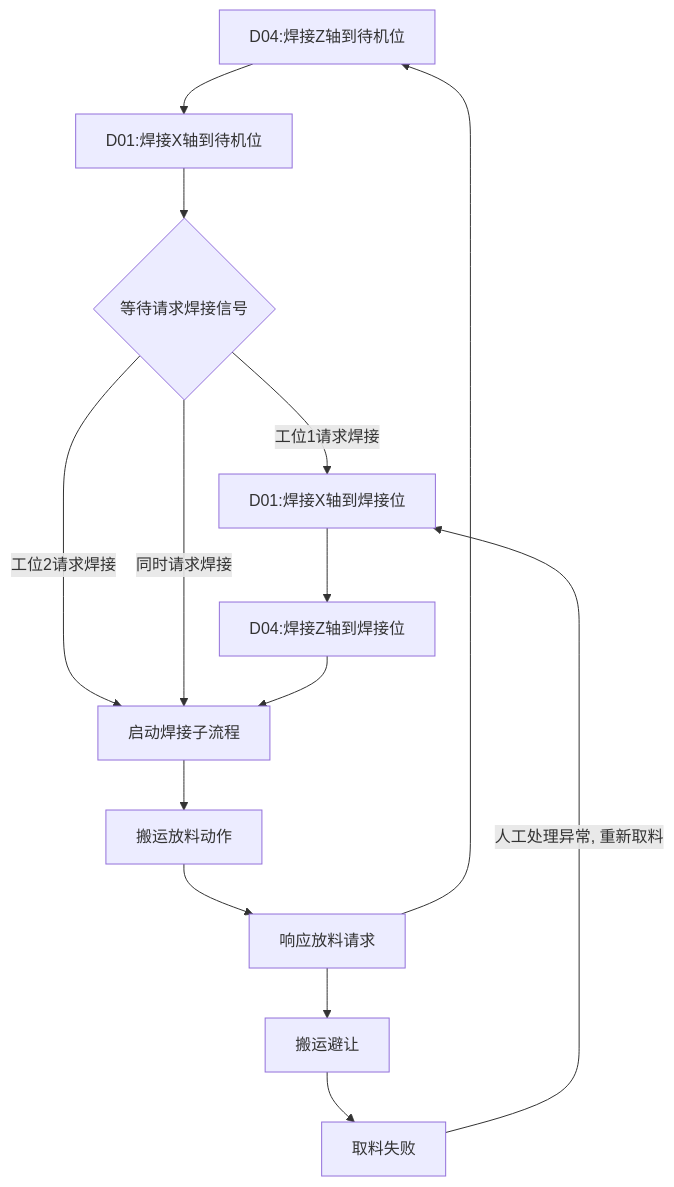
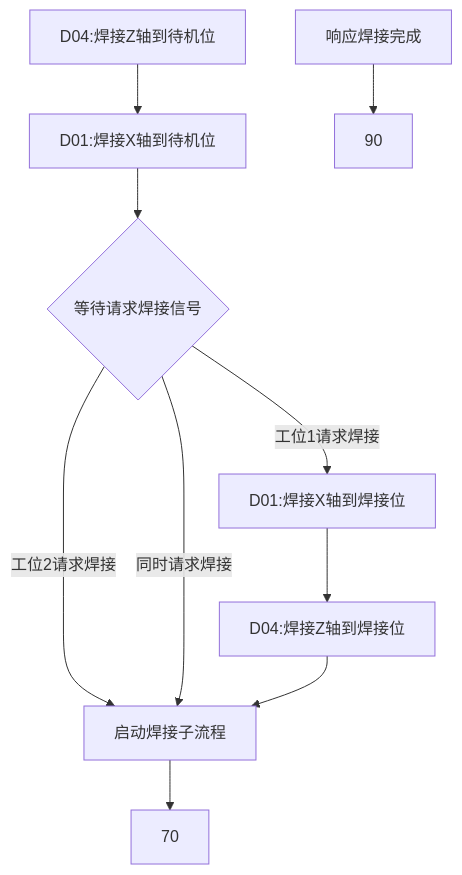
The diagram in all/OP10焊接工位自动流程.md (PengKun1/iodraw-files), drawn with Mermaid before and after one commit.

Commit message:
2024-08-06 16:57:20 update

````diff
--- a/all/OP10焊接工位自动流程.md
+++ b/all/OP10焊接工位自动流程.md
@@ -1,19 +1,12 @@
 ```mermaid
 graph TD
 10[D04:焊接Z轴到待机位]-->20
 20[D01:焊接X轴到待机位]-->30
 30{等待请求焊接信号}-->|工位1请求焊接|40
 30-->|工位2请求焊接|60
 30-->|同时请求焊接|60
 40[D01:焊接X轴到焊接位]-->50
 50[D04:焊接Z轴到焊接位]-->60
 60[启动焊接子流程]-->70
 80[响应焊接完成]-->90
-
-70[搬运放料动作]-->80
-80[响应放料请求]-->10
-
-90[搬运避让]-->900
-
-900[取料失败]-->|人工处理异常, 重新取料|40
 ```
````
